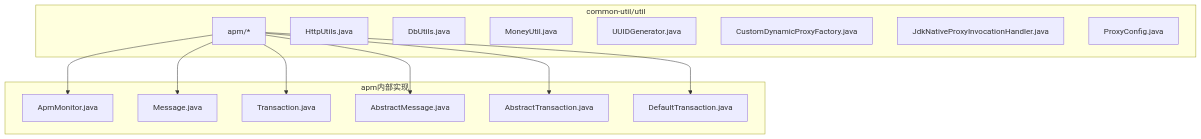
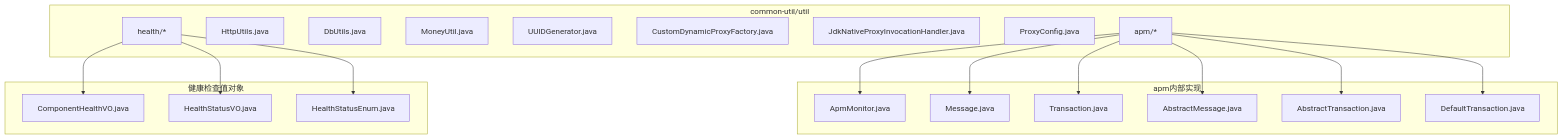
One commit to magicliang/domain-driven-transaction-sys changed the first of 7 diagrams in .qoder/repowiki/zh/content/通用工具类/高级工具类.md. Above: the diagram before and after it, drawn with Mermaid. The commit also changed other lines of this file and 7 other files, not shown here.

````diff
--- a/.qoder/repowiki/zh/content/通用工具类/高级工具类.md
+++ b/.qoder/repowiki/zh/content/通用工具类/高级工具类.md
@@ -47,27 +55,36 @@
 ```mermaid
 graph TB
 subgraph "common-util/util"
 APM["apm/*"]
 HTTP["HttpUtils.java"]
 DB["DbUtils.java"]
 MONEY["MoneyUtil.java"]
 UUID["UUIDGenerator.java"]
 DYN["CustomDynamicProxyFactory.java"]
 JDK["JdkNativeProxyInvocationHandler.java"]
 PC["ProxyConfig.java"]
+HEALTH["health/*"]
 end
 subgraph "apm内部实现"
 AM["ApmMonitor.java"]
 MSG["Message.java"]
 TX["Transaction.java"]
 ABST_MSG["AbstractMessage.java"]
 ABST_TX["AbstractTransaction.java"]
 DEF_TX["DefaultTransaction.java"]
 end
+subgraph "健康检查值对象"
+CHVO["ComponentHealthVO.java"]
+HHSV["HealthStatusVO.java"]
+HSENUM["HealthStatusEnum.java"]
+end
 APM --> AM
 APM --> MSG
 APM --> TX
 APM --> ABST_MSG
 APM --> ABST_TX
 APM --> DEF_TX
+HEALTH --> CHVO
+HEALTH --> HHSV
+HEALTH --> HSENUM
 ```
````
